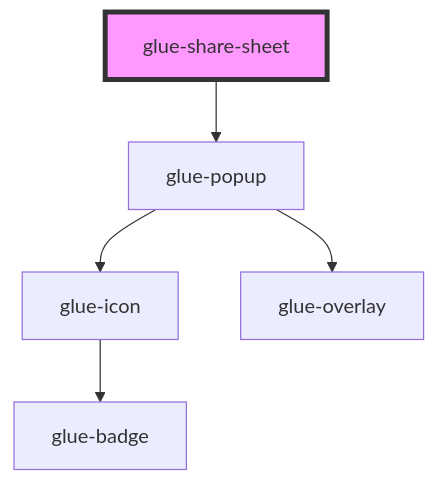
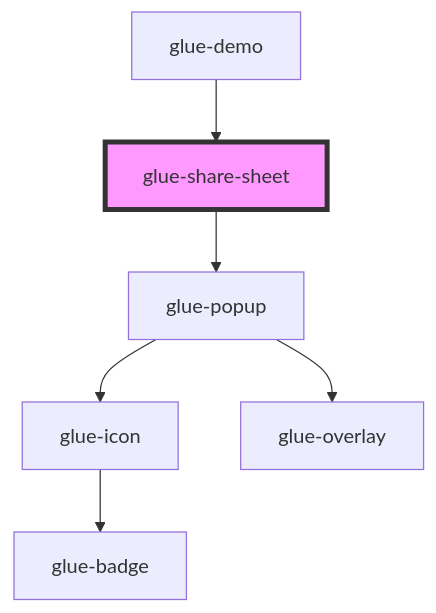
Before and after one commit to grasilife/glue: the diagram in packages/glue-components/src/components/glue-share-sheet/readme.md, drawn with Mermaid. The commit also changed other lines of this file and 4 other files, not shown here.

````diff
--- a/packages/glue-components/src/components/glue-share-sheet/readme.md
+++ b/packages/glue-components/src/components/glue-share-sheet/readme.md
@@ -55,8 +52,9 @@
 ```mermaid
 graph TD;
   glue-share-sheet --> glue-popup
   glue-popup --> glue-icon
   glue-popup --> glue-overlay
   glue-icon --> glue-badge
+  glue-demo --> glue-share-sheet
   style glue-share-sheet fill:#f9f,stroke:#333,stroke-width:4px
 ```
````
